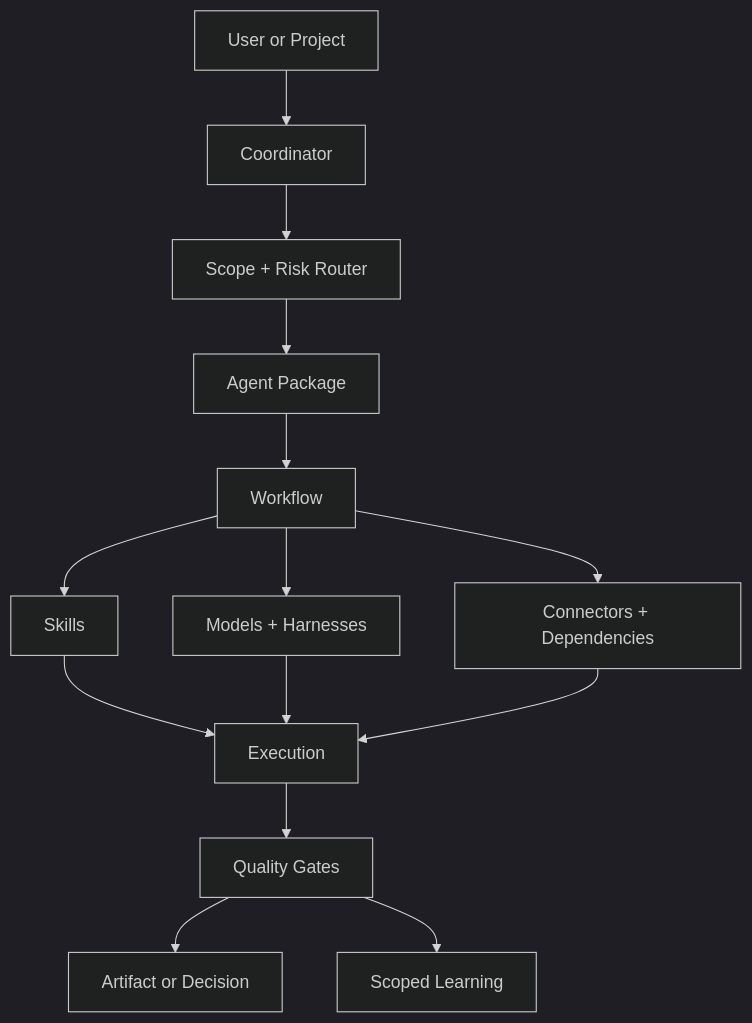
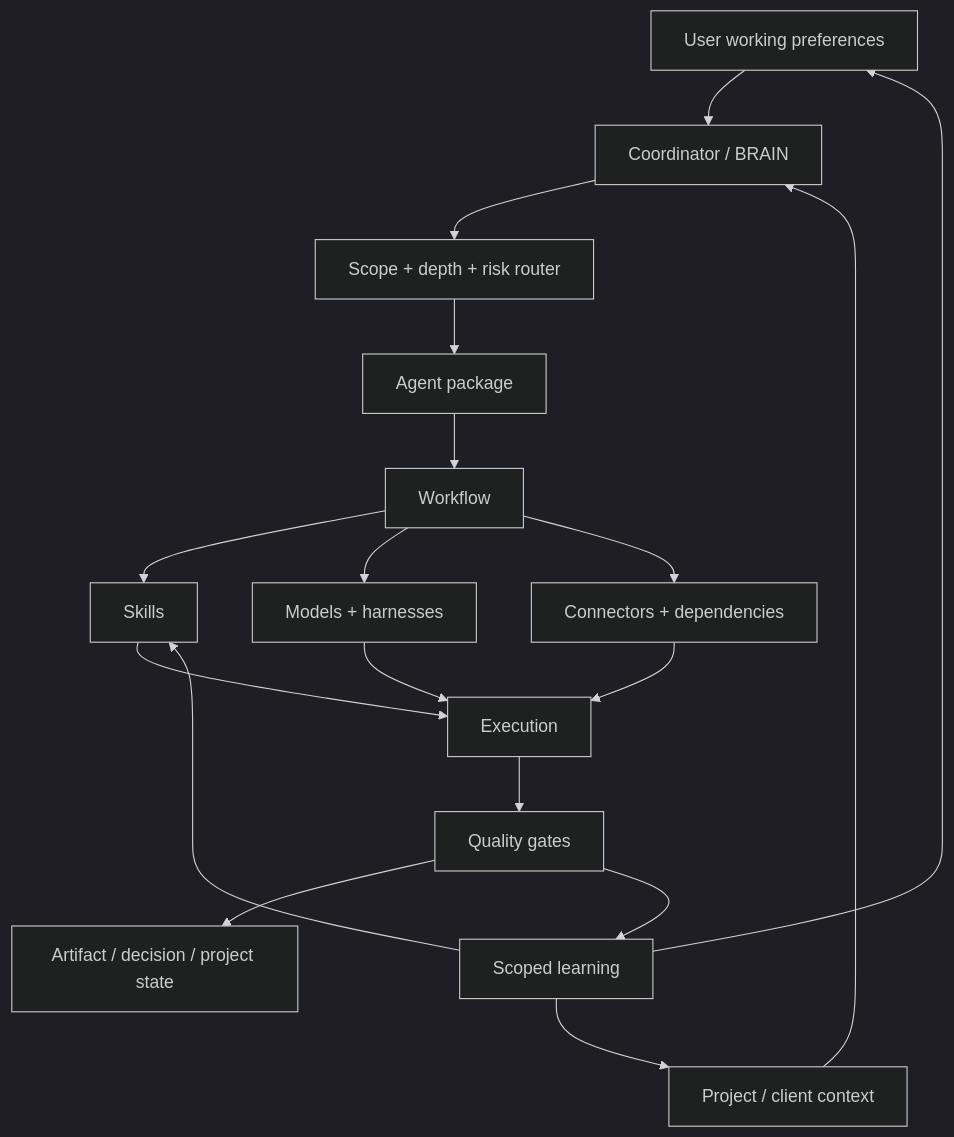
One commit to Bigper4mer/UnparalleledSource changed the first of 7 diagrams in docs/ARCHITECTURE.md. Above: the diagram before and after it, drawn with Mermaid (dark theme). The commit also changed other lines of this file, not shown here.

Commit message:
docs: visualize user context and operations layers

````diff
--- a/docs/ARCHITECTURE.md
+++ b/docs/ARCHITECTURE.md
@@ -7,16 +7,20 @@
 ```mermaid
 flowchart TD
-    U["User or Project"] --> C["Coordinator"]
-    C --> R["Scope + Risk Router"]
-    R --> A["Agent Package"]
-    A --> W["Workflow"]
-    W --> S["Skills"]
-    W --> M["Models + Harnesses"]
-    W --> T["Connectors + Dependencies"]
-    S --> E["Execution"]
+    U[User working preferences] --> C[Coordinator / BRAIN]
+    P[Project / client context] --> C
+    C --> R[Scope + depth + risk router]
+    R --> A[Agent package]
+    A --> W[Workflow]
+    W --> S[Skills]
+    W --> M[Models + harnesses]
+    W --> T[Connectors + dependencies]
+    S --> E[Execution]
     M --> E
     T --> E
-    E --> Q["Quality Gates"]
-    Q --> O["Artifact or Decision"]
-    Q --> L["Scoped Learning"]
+    E --> Q[Quality gates]
+    Q --> O[Artifact / decision / project state]
+    Q --> L[Scoped learning]
+    L --> U
+    L --> P
+    L --> S
 ```
````
